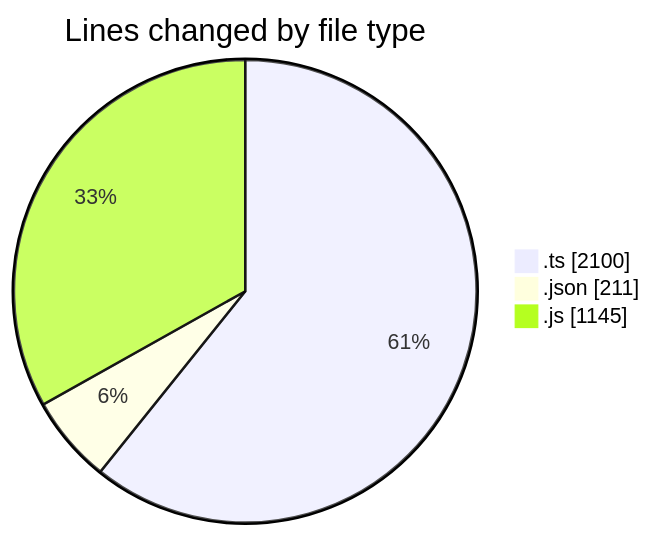
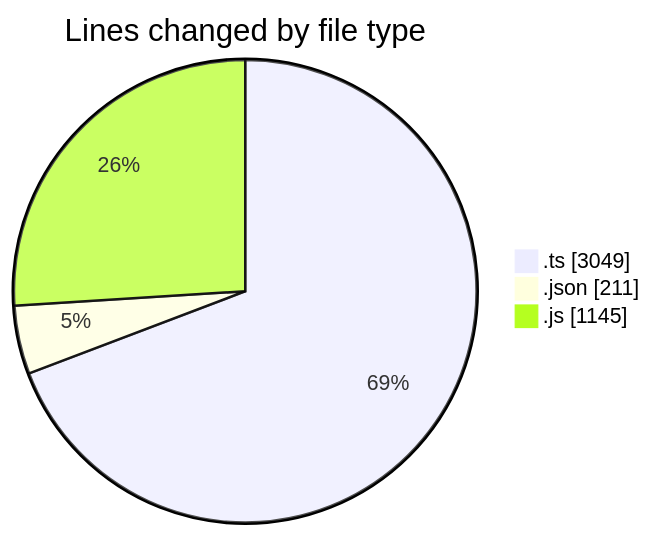
One commit to momahboobian/code-tracking changed the first of 2 diagrams in 2026-11-04/cda/README.md. Above: the diagram before and after it, drawn with Mermaid. The commit also changed other lines of this file and 1 other file, not shown here.

````diff
--- a/2026-11-04/cda/README.md
+++ b/2026-11-04/cda/README.md
@@ -24,7 +25,7 @@
 ```mermaid
 pie showData
 title Lines changed by file type
-".ts" : 2100
+".ts" : 3049
 ".json" : 211
 ".js" : 1145
 ```
````
